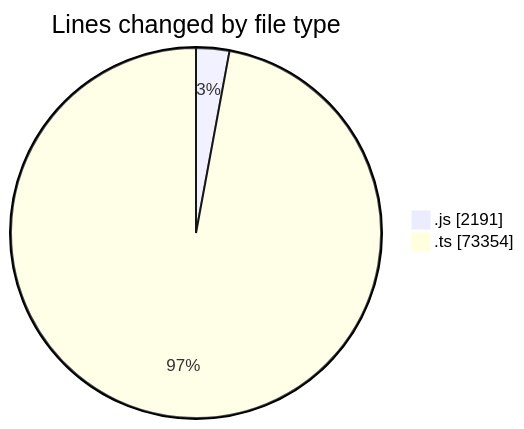
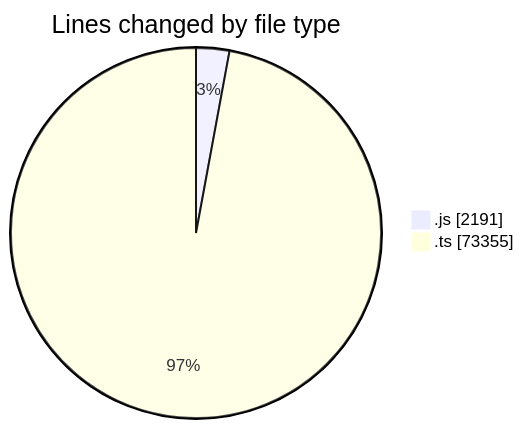
Before and after one commit to momahboobian/code-tracking: the first of 2 diagrams in 2025-06-19/cda/README.md, drawn with Mermaid. The commit also changed other lines of this file and 1 other file, not shown here.

````diff
--- a/2025-06-19/cda/README.md
+++ b/2025-06-19/cda/README.md
@@ -40,6 +40,6 @@
 ```mermaid
 pie showData
 title Lines changed by file type
 ".js" : 2191
-".ts" : 73354
+".ts" : 73355
 ```
````
